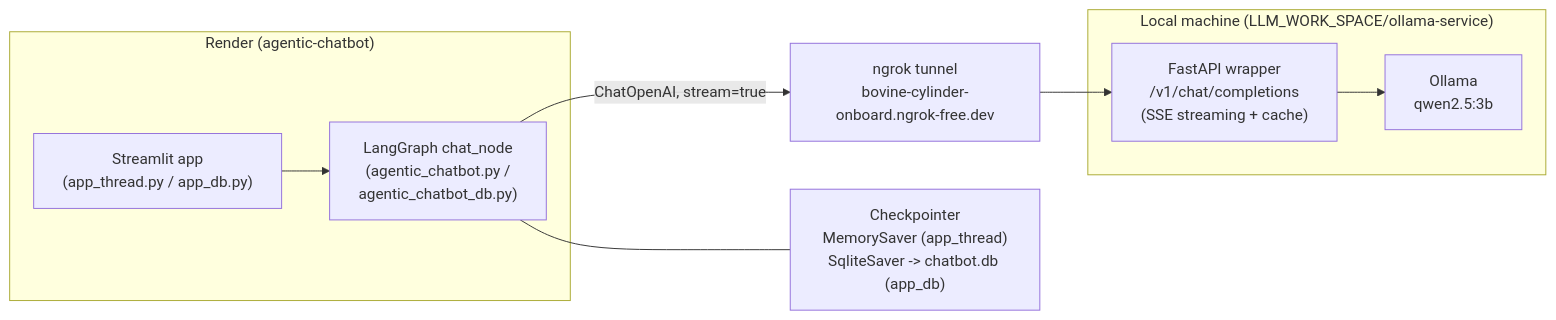
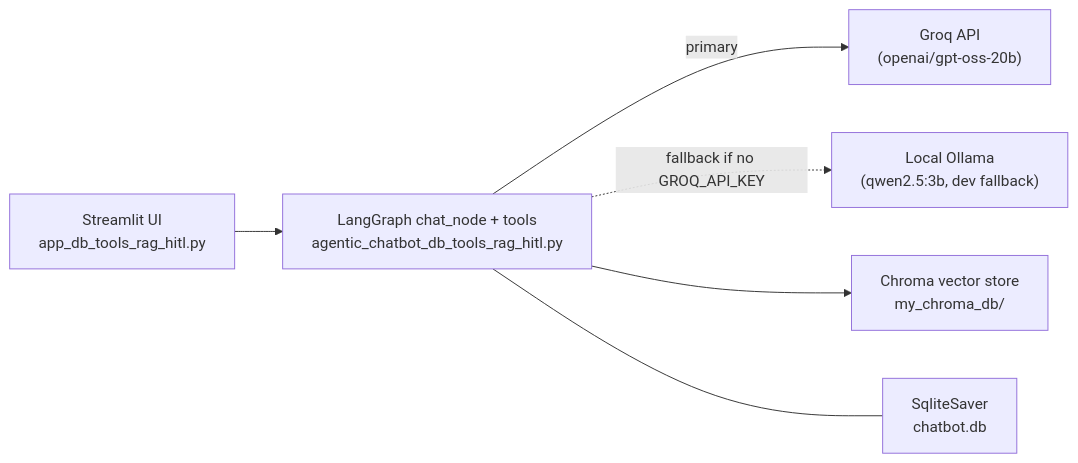
The diagram in agentic_chatbot/README.md (sathish3201/agentic_ai), drawn with Mermaid before and after one commit. The commit also changed other lines of this file and 26 other files, not shown here.

First line of the commit message:
Add RAG+HITL chatbot variant with Groq backend and resume/ATS tooling

````diff
--- a/agentic_chatbot/README.md
+++ b/agentic_chatbot/README.md
@@ -9,21 +12,17 @@
 ```mermaid
 flowchart LR
-    subgraph Render["Render (agentic-chatbot)"]
-        UI["Streamlit app\n(app_thread.py / app_db.py)"]
-        Graph["LangGraph chat_node\n(agentic_chatbot.py /\nagentic_chatbot_db.py)"]
-        UI --> Graph
-    end
+    UI["Streamlit UI\napp_db_tools_rag_hitl.py"]
+    Graph["LangGraph chat_node + tools\nagentic_chatbot_db_tools_rag_hitl.py"]
+    UI --> Graph
 
-    subgraph Local["Local machine (LLM_WORK_SPACE/ollama-service)"]
-        Wrapper["FastAPI wrapper\n/v1/chat/completions\n(SSE streaming + cache)"]
-        Ollama["Ollama\nqwen2.5:3b"]
-        Wrapper --> Ollama
-    end
+    Groq["Groq API\n(openai/gpt-oss-20b)"]
+    Ollama["Local Ollama\n(qwen2.5:3b, dev fallback)"]
+    Graph -->|primary| Groq
+    Graph -.->|fallback if no GROQ_API_KEY| Ollama
 
-    Ngrok["ngrok tunnel\nbovine-cylinder-onboard.ngrok-free.dev"]
+    Chroma["Chroma vector store\nmy_chroma_db/"]
+    Graph --> Chroma
 
-    Graph -->|ChatOpenAI, stream=true| Ngrok --> Wrapper
-
-    Checkpoint["Checkpointer\nMemorySaver (app_thread)\nSqliteSaver -> chatbot.db (app_db)"]
+    Checkpoint["SqliteSaver\nchatbot.db"]
     Graph --- Checkpoint
 ```
````
